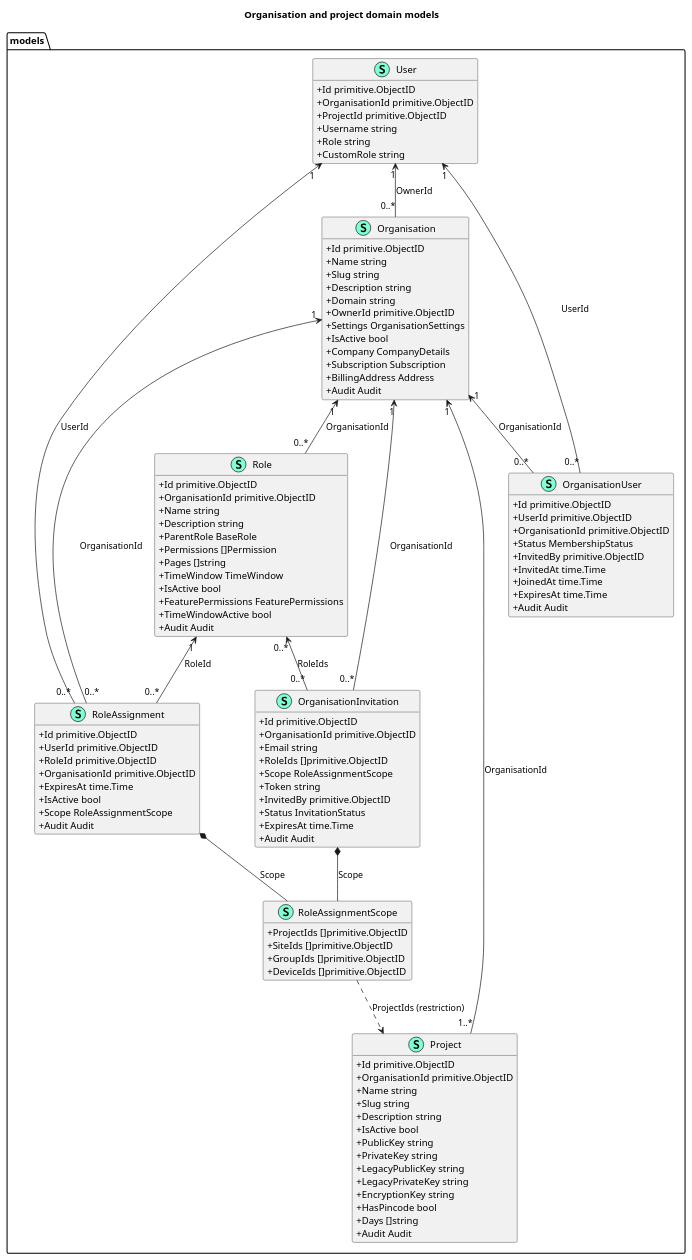
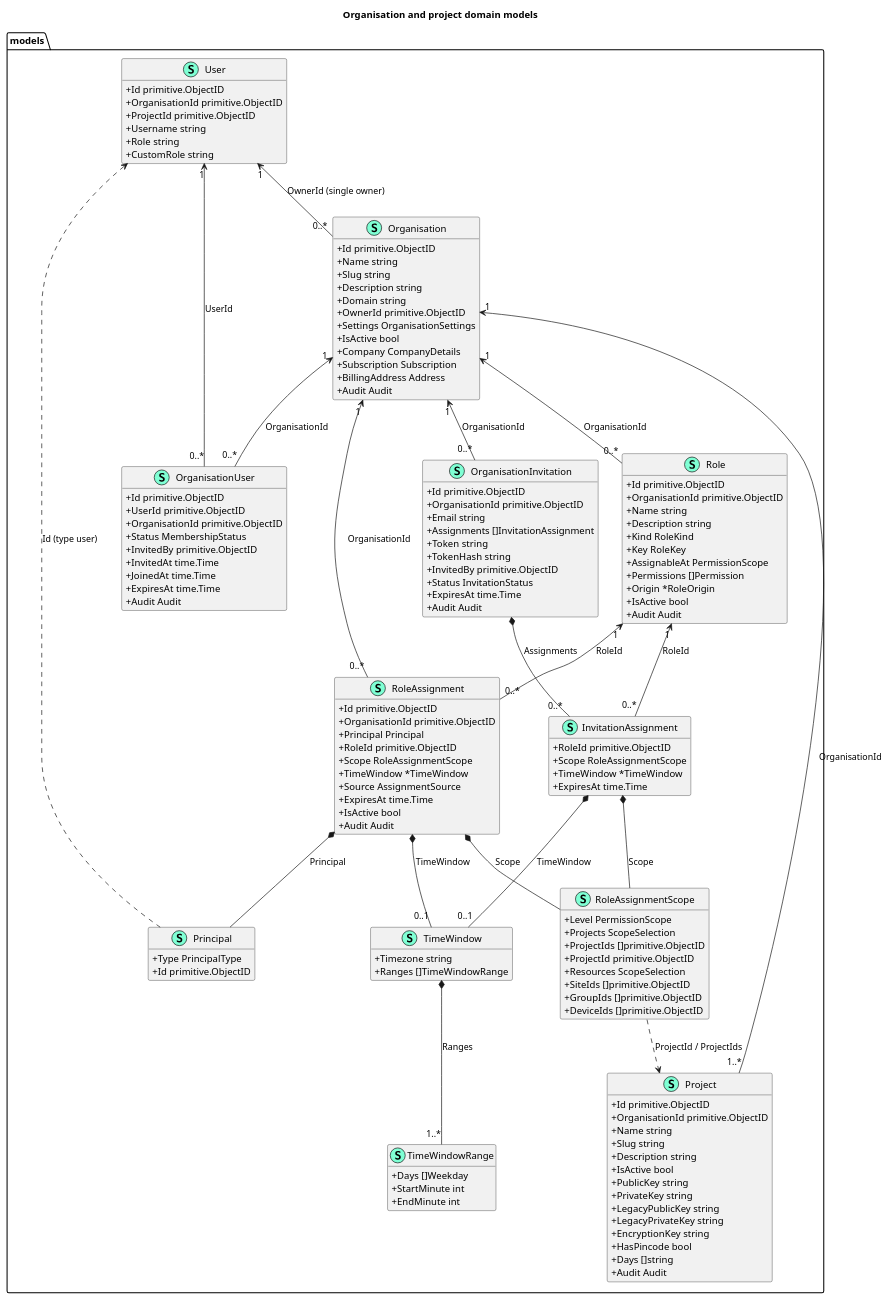
Before and after one commit to uug-ai/learn: the diagram in app/content/docs/hub/organisations/organisation-project.puml, drawn with PlantUML. The commit also changed 2 other files, not shown here.

Commit message:
docs: update organisations and projects page for the RBAC model shapes (#112)
- Roles carry permissions at one level (organisation or project), with
  system, legacy and custom kinds; graded and tenant-wide permissions.
- Assignments grant to a principal with an explicit scope, optional time
  window and source; empty scope fields no longer mean "everything".
- The owner is the organisation's ownerId, not a role.
- Invitations carry assignments and store only a token hash.
- Regenerated the model UML diagram.

```diff
--- a/app/content/docs/hub/organisations/organisation-project.puml
+++ b/app/content/docs/hub/organisations/organisation-project.puml
@@ -1,134 +1,176 @@
 @startuml
 title Organisation and project domain models
 top to bottom direction
 skinparam classAttributeIconSize 0
 skinparam shadowing false
 hide methods
 namespace models {
     class "User" << (S,Aquamarine) >> {
         + Id primitive.ObjectID
         + OrganisationId primitive.ObjectID
         + ProjectId primitive.ObjectID
         + Username string
         + Role string
         + CustomRole string
 
         + WithTimezone()
 
     }
     class "Organisation" << (S,Aquamarine) >> {
         + Id primitive.ObjectID
         + Name string
         + Slug string
         + Description string
         + Domain string
         + OwnerId primitive.ObjectID
         + Settings OrganisationSettings
         + IsActive bool
         + Company CompanyDetails
         + Subscription Subscription
         + BillingAddress Address
         + Audit Audit
+
+        + IsOwner(userId primitive.ObjectID) bool
 
     }
     class "Project" << (S,Aquamarine) >> {
         + Id primitive.ObjectID
         + OrganisationId primitive.ObjectID
         + Name string
         + Slug string
         + Description string
         + IsActive bool
         + PublicKey string
         + PrivateKey string
         + LegacyPublicKey string
         + LegacyPrivateKey string
         + EncryptionKey string
         + HasPincode bool
         + Days []string
         + Audit Audit
 
     }
     class "OrganisationUser" << (S,Aquamarine) >> {
         + Id primitive.ObjectID
         + UserId primitive.ObjectID
         + OrganisationId primitive.ObjectID
         + Status MembershipStatus
         + InvitedBy primitive.ObjectID
         + InvitedAt time.Time
         + JoinedAt time.Time
         + ExpiresAt time.Time
         + Audit Audit
 
         + IsExpired() bool
         + IsEffectivelyActive() bool
 
     }
     class "Role" << (S,Aquamarine) >> {
         + Id primitive.ObjectID
         + OrganisationId primitive.ObjectID
         + Name string
         + Description string
-        + ParentRole BaseRole
+        + Kind RoleKind
+        + Key RoleKey
+        + AssignableAt PermissionScope
         + Permissions []Permission
-        + Pages []string
-        + TimeWindow TimeWindow
+        + Origin *RoleOrigin
         + IsActive bool
-        + FeaturePermissions FeaturePermissions
-        + TimeWindowActive bool
         + Audit Audit
 
         + ValidatePermissions() error
+        + Validate() error
+        + RequiresAllProjects() bool
 
     }
     class "RoleAssignment" << (S,Aquamarine) >> {
         + Id primitive.ObjectID
-        + UserId primitive.ObjectID
+        + OrganisationId primitive.ObjectID
+        + Principal Principal
         + RoleId primitive.ObjectID
-        + OrganisationId primitive.ObjectID
+        + Scope RoleAssignmentScope
+        + TimeWindow *TimeWindow
+        + Source AssignmentSource
         + ExpiresAt time.Time
         + IsActive bool
-        + Scope RoleAssignmentScope
         + Audit Audit
 
         + IsExpired() bool
         + IsEffectivelyActive() bool
+        + Validate(role Role) error
+
+    }
+    class "Principal" << (S,Aquamarine) >> {
+        + Type PrincipalType
+        + Id primitive.ObjectID
+
+    }
+    class "RoleAssignmentScope" << (S,Aquamarine) >> {
+        + Level PermissionScope
+        + Projects ScopeSelection
+        + ProjectIds []primitive.ObjectID
+        + ProjectId primitive.ObjectID
+        + Resources ScopeSelection
+        + SiteIds []primitive.ObjectID
+        + GroupIds []primitive.ObjectID
+        + DeviceIds []primitive.ObjectID
+
+        + Validate() error
+        + ValidateFor(role Role) error
+
+    }
+    class "TimeWindow" << (S,Aquamarine) >> {
+        + Timezone string
+        + Ranges []TimeWindowRange
+
+        + Validate() error
+        + Allows(at time.Time) (bool, error)
+
+    }
+    class "TimeWindowRange" << (S,Aquamarine) >> {
+        + Days []Weekday
+        + StartMinute int
+        + EndMinute int
 
     }
     class "OrganisationInvitation" << (S,Aquamarine) >> {
         + Id primitive.ObjectID
         + OrganisationId primitive.ObjectID
         + Email string
-        + RoleIds []primitive.ObjectID
-        + Scope RoleAssignmentScope
+        + Assignments []InvitationAssignment
         + Token string
+        + TokenHash string
         + InvitedBy primitive.ObjectID
         + Status InvitationStatus
         + ExpiresAt time.Time
         + Audit Audit
 
     }
-    class "RoleAssignmentScope" << (S,Aquamarine) >> {
-        + ProjectIds []primitive.ObjectID
-        + SiteIds []primitive.ObjectID
-        + GroupIds []primitive.ObjectID
-        + DeviceIds []primitive.ObjectID
-
-        + IsOrganisationWide() bool
+    class "InvitationAssignment" << (S,Aquamarine) >> {
+        + RoleId primitive.ObjectID
+        + Scope RoleAssignmentScope
+        + TimeWindow *TimeWindow
+        + ExpiresAt time.Time
 
     }
 }
 ' Relationships below are explicit domain references, not inferred by GoPlantUML.
-models.User "1" <-- "0..*" models.Organisation : OwnerId
+models.User "1" <-- "0..*" models.Organisation : OwnerId (single owner)
 models.Organisation "1" <-- "1..*" models.Project : OrganisationId
 models.User "1" <-- "0..*" models.OrganisationUser : UserId
 models.Organisation "1" <-- "0..*" models.OrganisationUser : OrganisationId
 models.Organisation "1" <-- "0..*" models.Role : OrganisationId
-models.User "1" <-- "0..*" models.RoleAssignment : UserId
 models.Organisation "1" <-- "0..*" models.RoleAssignment : OrganisationId
 models.Role "1" <-- "0..*" models.RoleAssignment : RoleId
+models.RoleAssignment *-- models.Principal : Principal
+models.Principal ..> models.User : Id (type user)
+models.RoleAssignment *-- models.RoleAssignmentScope : Scope
+models.RoleAssignment *-- "0..1" models.TimeWindow : TimeWindow
+models.TimeWindow *-- "1..*" models.TimeWindowRange : Ranges
 models.Organisation "1" <-- "0..*" models.OrganisationInvitation : OrganisationId
-models.Role "0..*" <-- "0..*" models.OrganisationInvitation : RoleIds
-models.RoleAssignment *-- models.RoleAssignmentScope : Scope
-models.OrganisationInvitation *-- models.RoleAssignmentScope : Scope
-models.RoleAssignmentScope ..> models.Project : ProjectIds (restriction)
+models.OrganisationInvitation *-- "0..*" models.InvitationAssignment : Assignments
+models.Role "1" <-- "0..*" models.InvitationAssignment : RoleId
+models.InvitationAssignment *-- models.RoleAssignmentScope : Scope
+models.InvitationAssignment *-- "0..1" models.TimeWindow : TimeWindow
+models.RoleAssignmentScope ..> models.Project : ProjectId / ProjectIds
 @enduml
```
